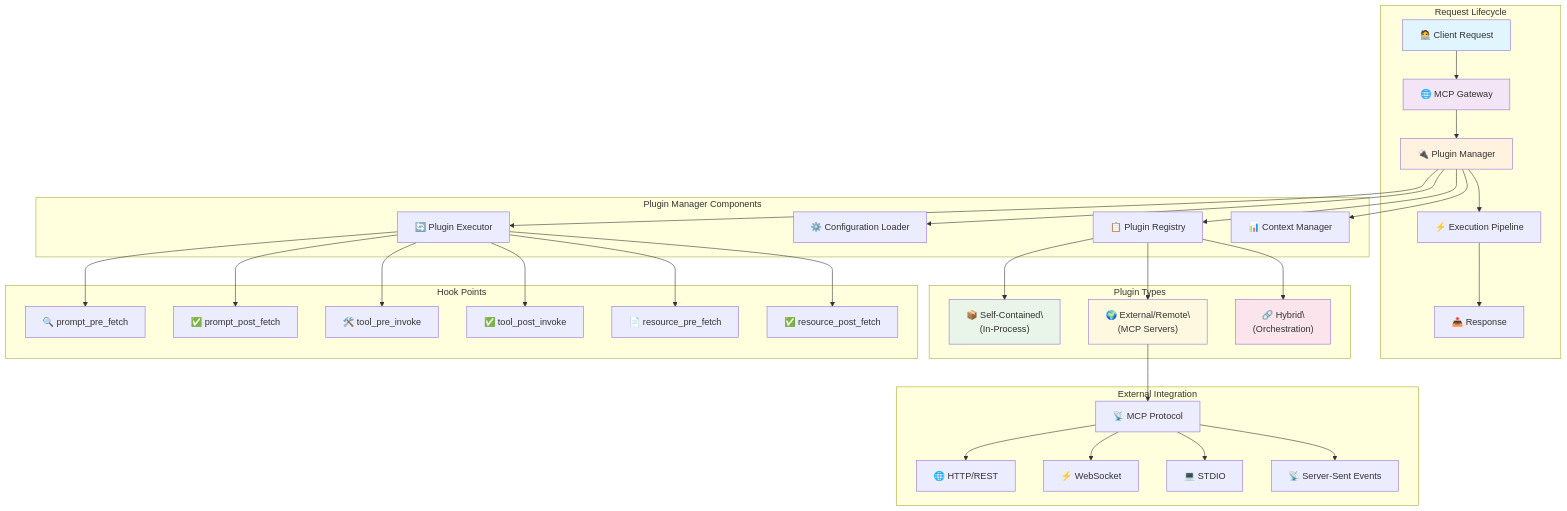
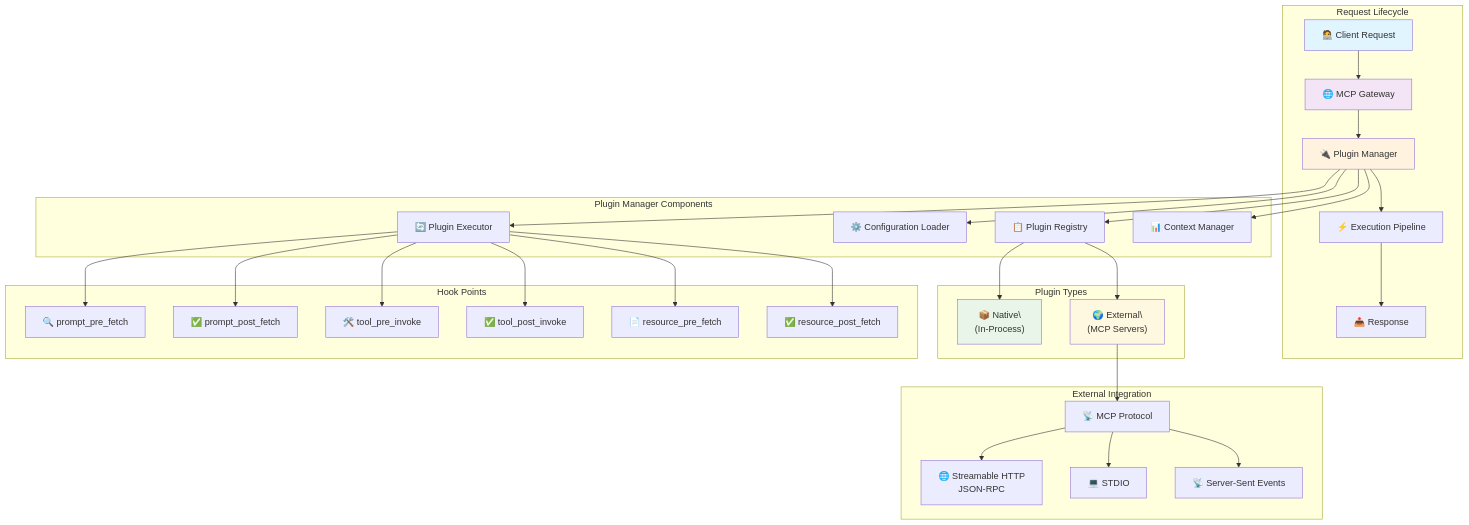
One commit to IBM/mcp-context-forge changed the first of 4 diagrams in docs/docs/architecture/plugins.md. Above: the diagram before and after it, drawn with Mermaid. The commit also changed other lines of this file, not shown here.

````diff
--- a/docs/docs/architecture/plugins.md
+++ b/docs/docs/architecture/plugins.md
@@ -70,63 +65,58 @@
 ```mermaid
 flowchart TB
     subgraph "Request Lifecycle"
         Client["🧑‍💻 Client Request"] --> Gateway["🌐 MCP Gateway"]
         Gateway --> PM["🔌 Plugin Manager"]
         PM --> Pipeline["⚡ Execution Pipeline"]
         Pipeline --> Response["📤 Response"]
     end
 
     subgraph "Plugin Manager Components"
         PM --> Registry["📋 Plugin Registry"]
         PM --> Config["⚙️ Configuration Loader"]
         PM --> Executor["🔄 Plugin Executor"]
         PM --> Context["📊 Context Manager"]
     end
 
     subgraph "Plugin Types"
-        SelfContained["📦 Self-Contained\\n(In-Process)"]
-        External["🌍 External/Remote\\n(MCP Servers)"]
-        Hybrid["🔗 Hybrid\\n(Orchestration)"]
+        Native["📦 Native\\n(In-Process)"]
+        External["🌍 External\\n(MCP Servers)"]
     end
 
     subgraph "Hook Points"
         PPF["🔍 prompt_pre_fetch"]
         PPO["✅ prompt_post_fetch"]
         TPI["🛠️ tool_pre_invoke"]
         TPO["✅ tool_post_invoke"]
         RPF["📄 resource_pre_fetch"]
         RPO["✅ resource_post_fetch"]
     end
 
     subgraph "External Integration"
         MCP["📡 MCP Protocol"]
-        HTTP["🌐 HTTP/REST"]
-        WS["⚡ WebSocket"]
+        HTTP["🌐 Streamable HTTP<br>JSON-RPC"]        
         STDIO["💻 STDIO"]
         SSE["📡 Server-Sent Events"]
     end
 
-    Registry --> SelfContained
+    Registry --> Native
     Registry --> External
-    Registry --> Hybrid
 
     Executor --> PPF
     Executor --> PPO
     Executor --> TPI
     Executor --> TPO
     Executor --> RPF
     Executor --> RPO
 
     External --> MCP
-    MCP --> HTTP
-    MCP --> WS
+    MCP --> HTTP    
     MCP --> STDIO
     MCP --> SSE
 
     style Client fill:#e1f5fe
     style Gateway fill:#f3e5f5
     style PM fill:#fff3e0
-    style SelfContained fill:#e8f5e8
+    style Native fill:#e8f5e8
     style External fill:#fff8e1
-    style Hybrid fill:#fce4ec
 ```
````
